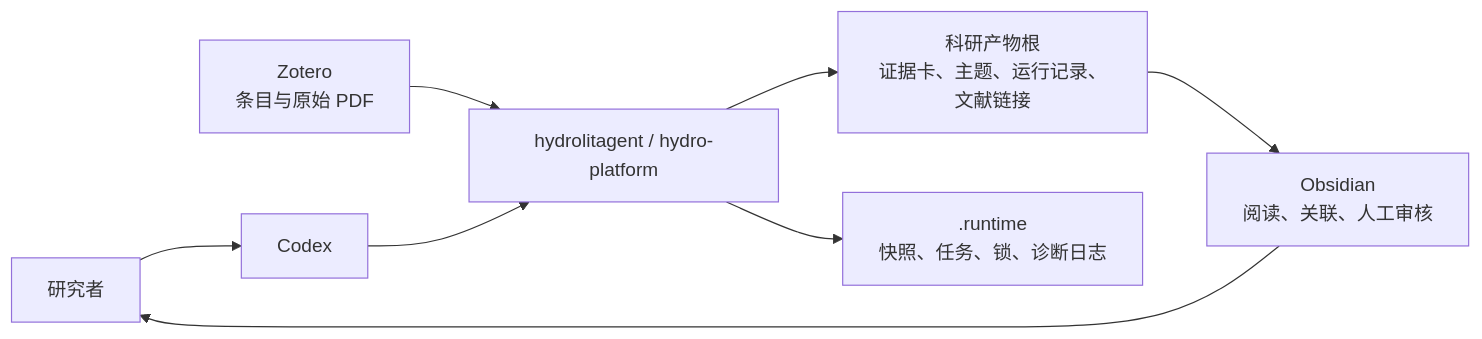
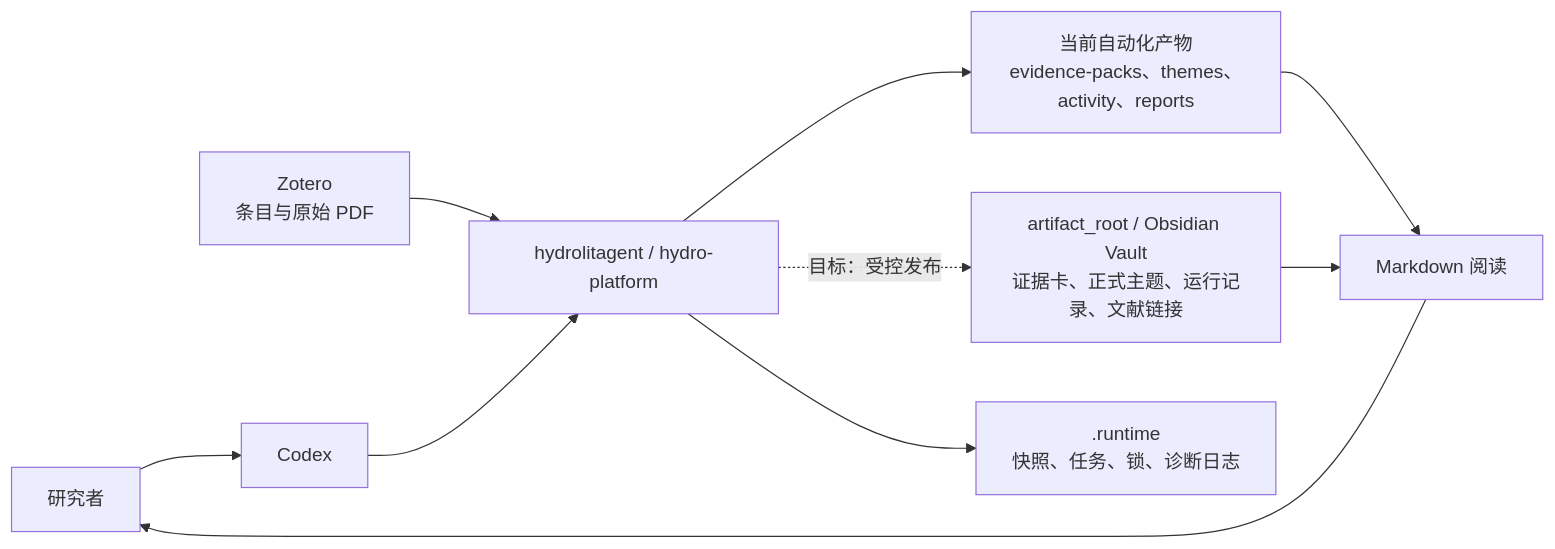
One commit to iHeadWater/mylibrary changed the diagram in docs/hydro-platform/index.md. Above: the diagram before and after it, drawn with Mermaid. The commit also changed other lines of this file and 24 other files, not shown here.

````diff
--- a/docs/hydro-platform/index.md
+++ b/docs/hydro-platform/index.md
@@ -22,10 +22,12 @@
 ```mermaid
 flowchart LR
     U[研究者] --> C[Codex]
     Z[Zotero<br/>条目与原始 PDF] --> P[hydrolitagent / hydro-platform]
     C --> P
-    P --> A[科研产物根<br/>证据卡、主题、运行记录、文献链接]
-    A --> O[Obsidian<br/>阅读、关联、人工审核]
+    P --> A[当前自动化产物<br/>evidence-packs、themes、activity、reports]
+    A --> O[Markdown 阅读]
+    P -. 目标：受控发布 .-> V[artifact_root / Obsidian Vault<br/>证据卡、正式主题、运行记录、文献链接]
+    V --> O
     O --> U
     P --> R[.runtime<br/>快照、任务、锁、诊断日志]
 ```
````
